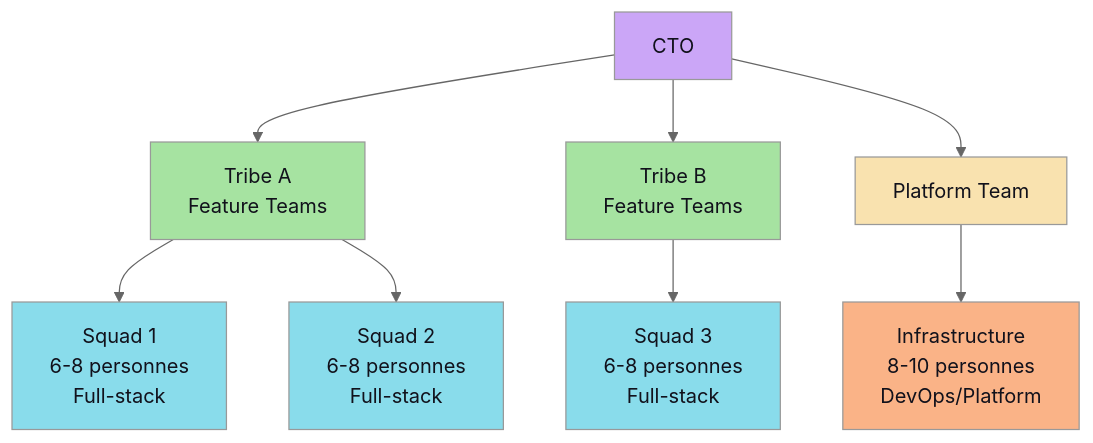
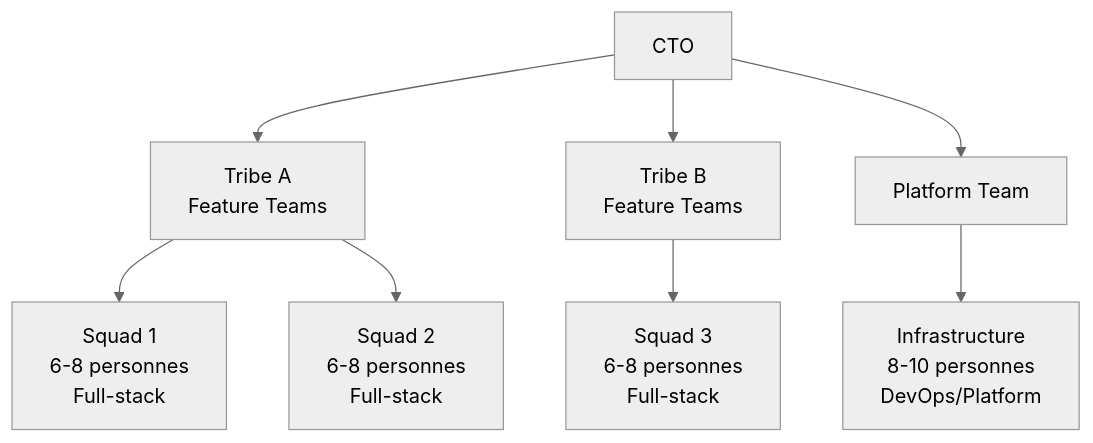
The fifth of 6 diagrams in src/partie4/chapitre13.md (kdelfour/Ebook_To_be_Or_not_to_be_CTO), drawn with Mermaid (neutral theme) before and after one commit. The commit also changed other lines of this file, not shown here.

Commit message:
:sparkle: Fix Mermaid style

````diff
--- a/src/partie4/chapitre13.md
+++ b/src/partie4/chapitre13.md
@@ -885,32 +864,23 @@
 ```mermaid
 graph TD
     CTO[CTO]
     
     TA[Tribe A<br/>Feature Teams]
     TB[Tribe B<br/>Feature Teams]
     PT[Platform Team]
     
     S1[Squad 1<br/>6-8 personnes<br/>Full-stack]
     S2[Squad 2<br/>6-8 personnes<br/>Full-stack]
     S3[Squad 3<br/>6-8 personnes<br/>Full-stack]
     
     IF[Infrastructure<br/>8-10 personnes<br/>DevOps/Platform]
     
     CTO --> TA
     CTO --> TB
     CTO --> PT
     
     TA --> S1
     TA --> S2
     TB --> S3
     PT --> IF
-    
-    style CTO fill:#cba6f7,color:#11111b
-    style TA fill:#a6e3a1,color:#11111b
-    style TB fill:#a6e3a1,color:#11111b
-    style PT fill:#f9e2af,color:#11111b
-    style S1 fill:#89dceb,color:#11111b
-    style S2 fill:#89dceb,color:#11111b
-    style S3 fill:#89dceb,color:#11111b
-    style IF fill:#fab387,color:#11111b
 ```
````
